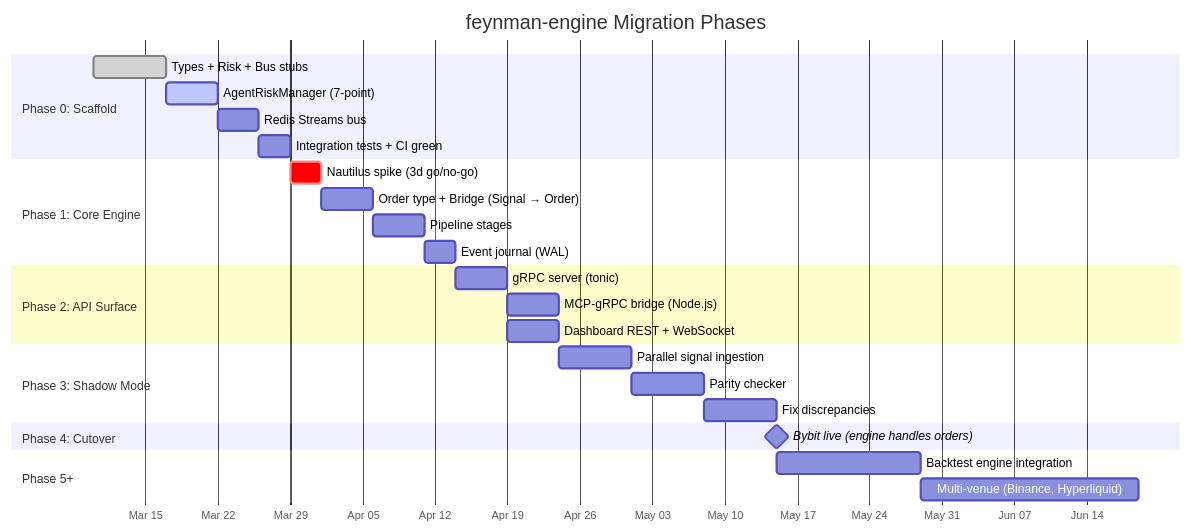
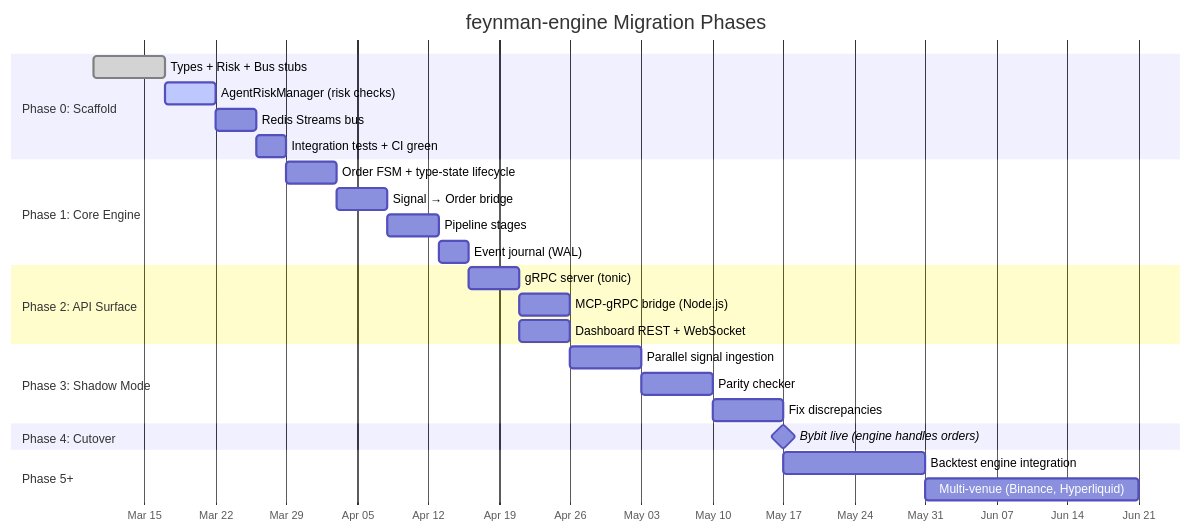
Before and after one commit to investlink-ai/feynman-engine: the first of 2 diagrams in docs/MIGRATION_PLAN.md, drawn with Mermaid. The commit also changed other lines of this file and 48 other files, not shown here.

````diff
--- a/docs/MIGRATION_PLAN.md
+++ b/docs/MIGRATION_PLAN.md
@@ -18,35 +18,35 @@
 ```mermaid
 gantt
     title feynman-engine Migration Phases
     dateFormat YYYY-MM-DD
     axisFormat %b %d
 
     section Phase 0: Scaffold
     Types + Risk + Bus stubs                :done, p0a, 2026-03-10, 7d
-    AgentRiskManager (7-point)              :active, p0b, 2026-03-17, 5d
+    AgentRiskManager (risk checks)          :active, p0b, 2026-03-17, 5d
     Redis Streams bus                       :p0c, after p0b, 4d
     Integration tests + CI green            :p0d, after p0c, 3d
 
     section Phase 1: Core Engine
-    Nautilus spike (3d go/no-go)            :crit, p1a, after p0d, 3d
-    Order type + Bridge (Signal → Order)    :p1b, after p1a, 5d
+    Order FSM + type-state lifecycle        :p1a, after p0d, 5d
+    Signal → Order bridge                   :p1b, after p1a, 5d
     Pipeline stages                         :p1c, after p1b, 5d
     Event journal (WAL)                     :p1d, after p1c, 3d
 
     section Phase 2: API Surface
     gRPC server (tonic)                     :p2a, after p1d, 5d
     MCP-gRPC bridge (Node.js)               :p2b, after p2a, 5d
     Dashboard REST + WebSocket              :p2c, after p2a, 5d
 
     section Phase 3: Shadow Mode
     Parallel signal ingestion               :p3a, after p2b, 7d
     Parity checker                          :p3b, after p3a, 7d
     Fix discrepancies                       :p3c, after p3b, 7d
 
     section Phase 4: Cutover
     Bybit live (engine handles orders)      :milestone, p4, after p3c, 0d
 
     section Phase 5+
     Backtest engine integration             :p5, after p4, 14d
     Multi-venue (Binance, Hyperliquid)      :p6, after p5, 21d
 ```
````
